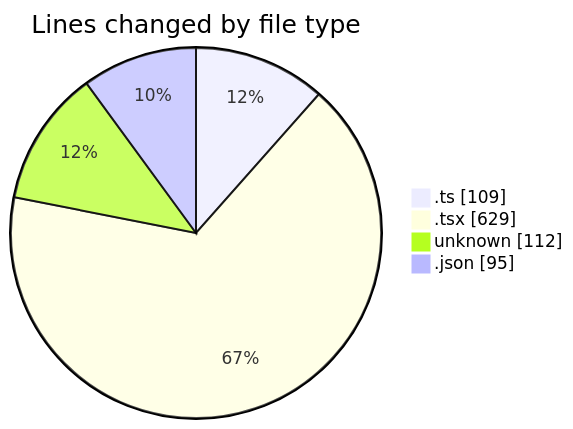
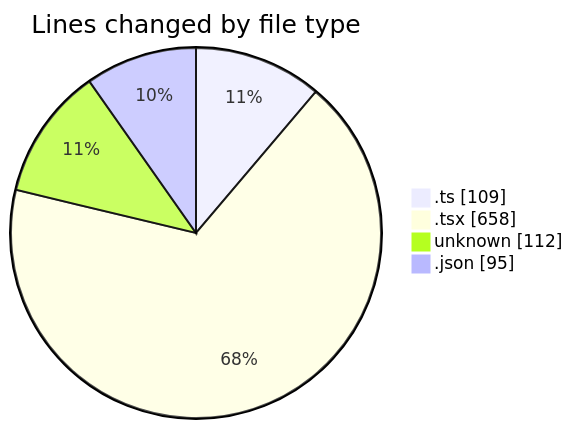
Before and after one commit to momahboobian/code-tracking: the first of 2 diagrams in 2026-04-29/cda/README.md, drawn with Mermaid. The commit also changed other lines of this file and 1 other file, not shown here.

````diff
--- a/2026-04-29/cda/README.md
+++ b/2026-04-29/cda/README.md
@@ -31,8 +32,8 @@
 ```mermaid
 pie showData
 title Lines changed by file type
 ".ts" : 109
-".tsx" : 629
+".tsx" : 658
 "unknown" : 112
 ".json" : 95
 ```
````
